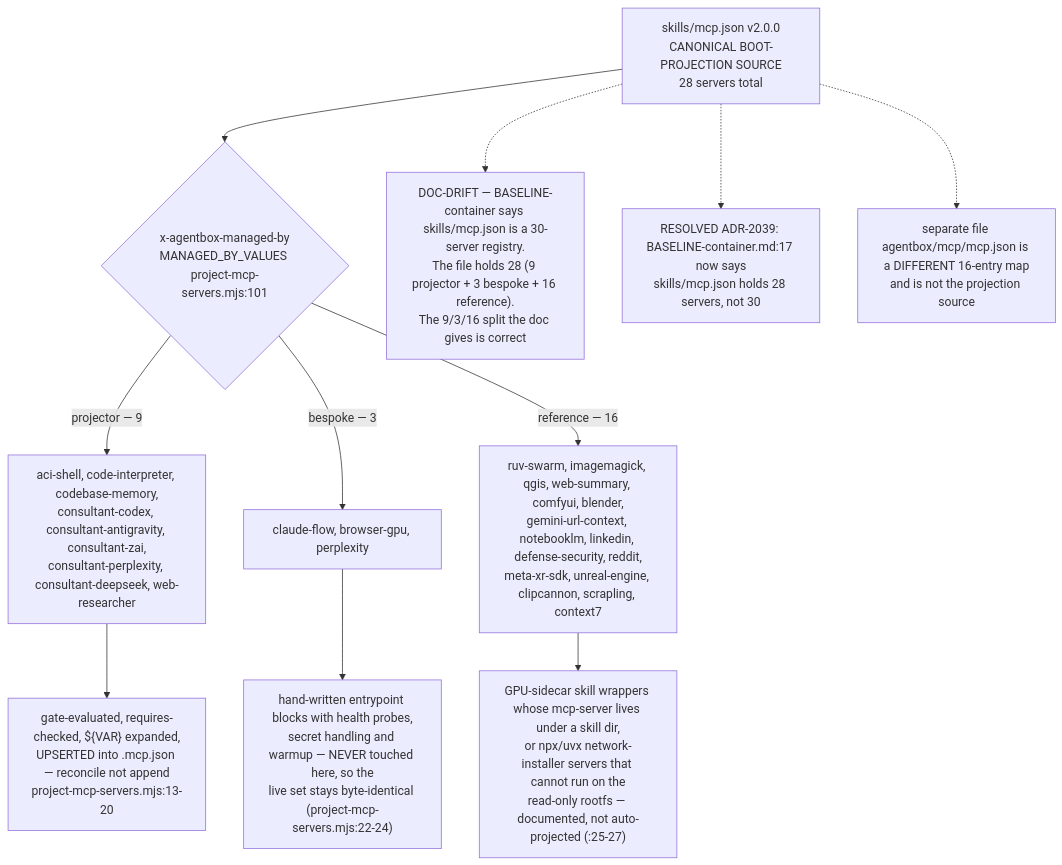
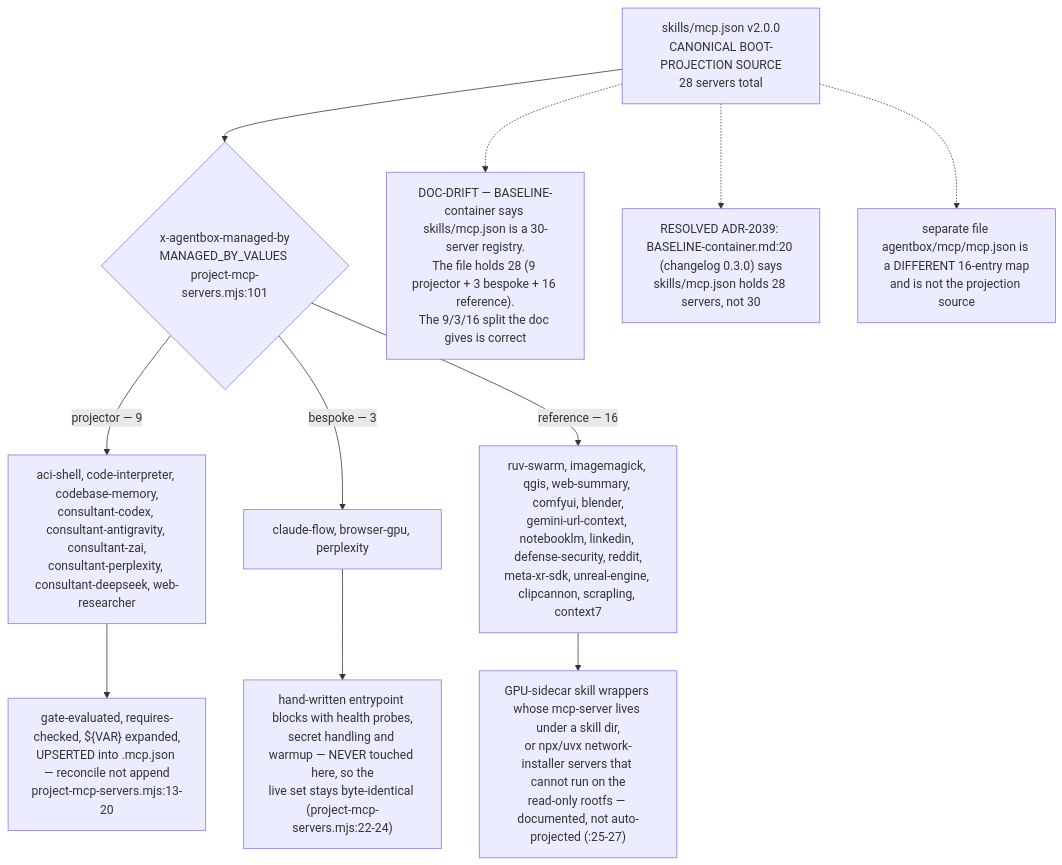
One commit to DreamLab-AI/VisionFlow changed the first of 7 diagrams in docs/diagrams/agentbox/09-mcp-servers-catalogue.md. Above: the diagram before and after it, drawn with Mermaid. The commit also changed other lines of this file and 111 other files, not shown here.

Commit message:
docs(diagrams): align estate maps with current source

````diff
--- a/docs/diagrams/agentbox/09-mcp-servers-catalogue.md
+++ b/docs/diagrams/agentbox/09-mcp-servers-catalogue.md
@@ -35,13 +35,13 @@
 ```mermaid
 flowchart TD
     REG["skills/mcp.json v2.0.0<br/>CANONICAL BOOT-PROJECTION SOURCE<br/>28 servers total"] --> CLS{"x-agentbox-managed-by<br/>MANAGED_BY_VALUES project-mcp-servers.mjs:101"}
     CLS -->|projector — 9| PJ["aci-shell, code-interpreter, codebase-memory,<br/>consultant-codex, consultant-antigravity, consultant-zai,<br/>consultant-perplexity, consultant-deepseek, web-researcher"]
     CLS -->|bespoke — 3| BS["claude-flow, browser-gpu, perplexity"]
     CLS -->|reference — 16| RF["ruv-swarm, imagemagick, qgis, web-summary, comfyui, blender,<br/>gemini-url-context, notebooklm, linkedin, defense-security, reddit,<br/>meta-xr-sdk, unreal-engine, clipcannon, scrapling, context7"]
     PJ --> ACT["gate-evaluated, requires-checked, ${VAR} expanded,<br/>UPSERTED into .mcp.json — reconcile not append<br/>project-mcp-servers.mjs:13-20"]
     BS --> NEVER["hand-written entrypoint blocks with health probes,<br/>secret handling and warmup — NEVER touched here, so the<br/>live set stays byte-identical (project-mcp-servers.mjs:22-24)"]
     RF --> DOC["GPU-sidecar skill wrappers whose mcp-server lives under a skill dir,<br/>or npx/uvx network-installer servers that cannot run on the<br/>read-only rootfs — documented, not auto-projected (:25-27)"]
     REG -.-> D1["DOC-DRIFT — BASELINE-container says skills/mcp.json is a 30-server registry.<br/>The file holds 28 (9 projector + 3 bespoke + 16 reference).<br/>The 9/3/16 split the doc gives is correct"]
-    REG -.-> D1R["RESOLVED ADR-2039: BASELINE-container.md:17 now says<br/>skills/mcp.json holds 28 servers, not 30"]
+    REG -.-> D1R["RESOLVED ADR-2039: BASELINE-container.md:20 (changelog 0.3.0) says<br/>skills/mcp.json holds 28 servers, not 30"]
     REG -.-> D2["separate file agentbox/mcp/mcp.json is a DIFFERENT 16-entry map<br/>and is not the projection source"]
 ```
````
